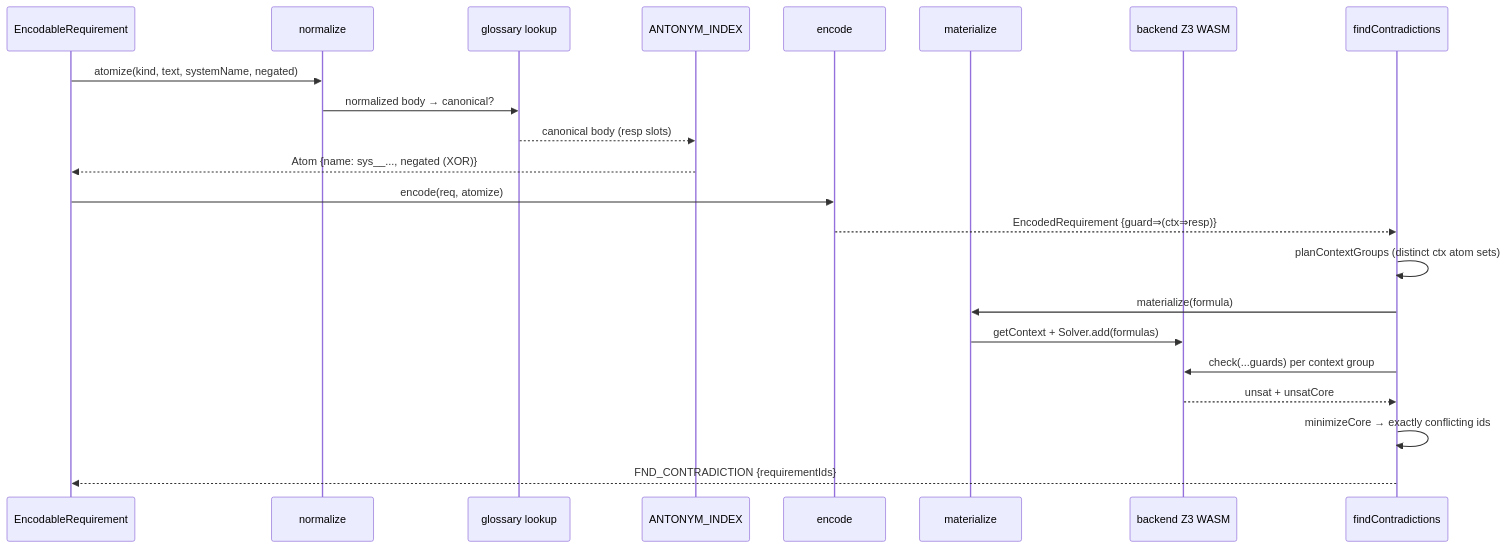
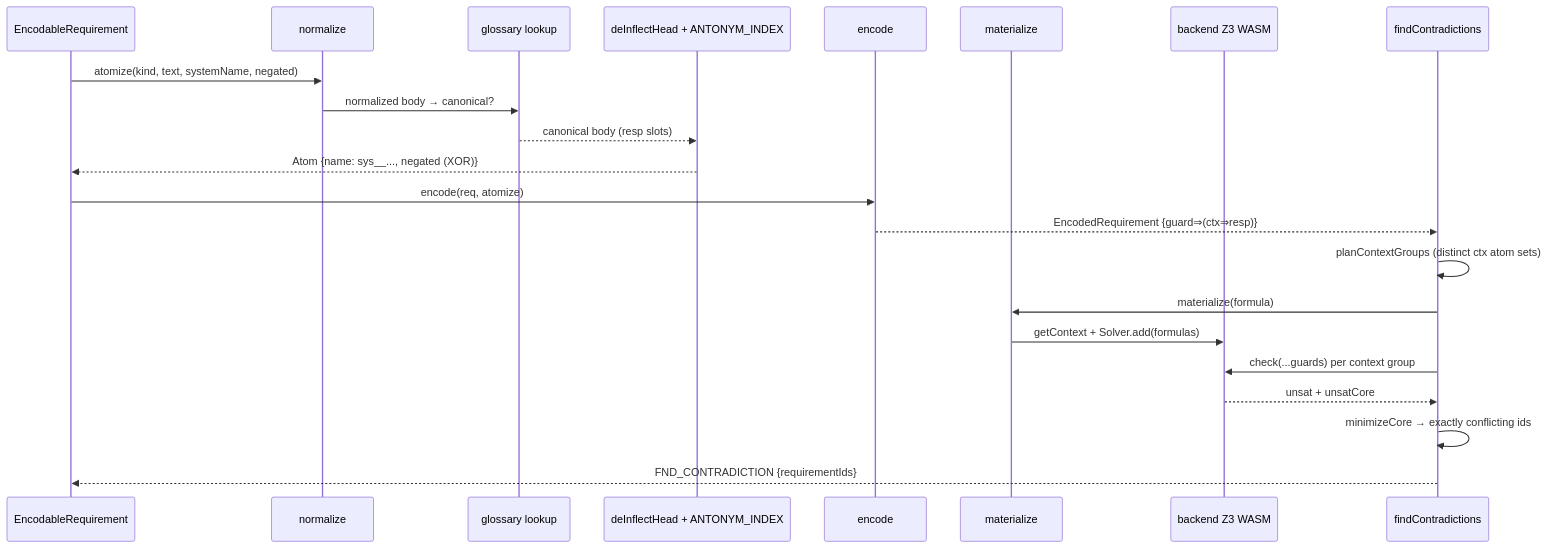
One commit to theagenticguy/symspec changed the second of 3 diagrams in docs/architecture/data-flow.md. Above: the diagram before and after it, drawn with Mermaid. The commit also changed other lines of this file and 17 other files, not shown here.

````diff
--- a/docs/architecture/data-flow.md
+++ b/docs/architecture/data-flow.md
@@ -50,24 +49,24 @@
 ```mermaid
 sequenceDiagram
     participant Req as EncodableRequirement
     participant Norm as normalize
     participant Gloss as glossary lookup
-    participant Ant as ANTONYM_INDEX
+    participant Lem as deInflectHead + ANTONYM_INDEX
     participant Enc as encode
     participant Mat as materialize
     participant Z3 as backend Z3 WASM
     participant Find as findContradictions
     Req->>Norm: atomize(kind, text, systemName, negated)
     Norm->>Gloss: normalized body → canonical?
-    Gloss-->>Ant: canonical body (resp slots)
-    Ant-->>Req: Atom {name: sys__..., negated (XOR)}
+    Gloss-->>Lem: canonical body (resp slots)
+    Lem-->>Req: Atom {name: sys__..., negated (XOR)}
     Req->>Enc: encode(req, atomize)
     Enc-->>Find: EncodedRequirement {guard⇒(ctx⇒resp)}
     Find->>Find: planContextGroups (distinct ctx atom sets)
     Find->>Mat: materialize(formula)
     Mat->>Z3: getContext + Solver.add(formulas)
     Find->>Z3: check(...guards) per context group
     Z3-->>Find: unsat + unsatCore
     Find->>Find: minimizeCore → exactly conflicting ids
     Find-->>Req: FND_CONTRADICTION {requirementIds}
 ```
````
